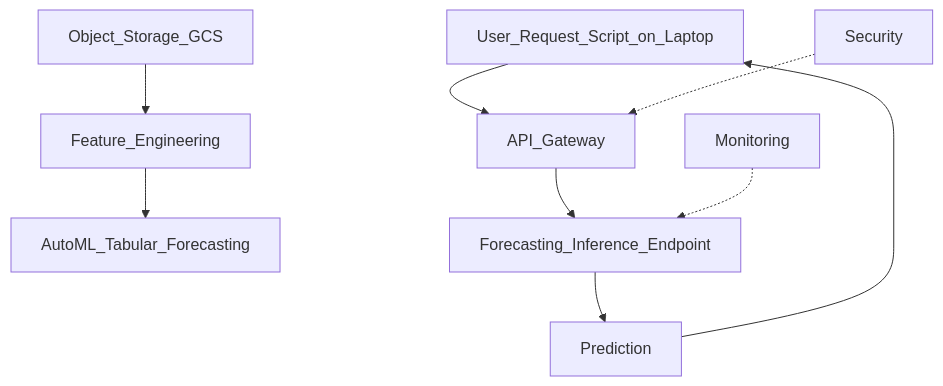
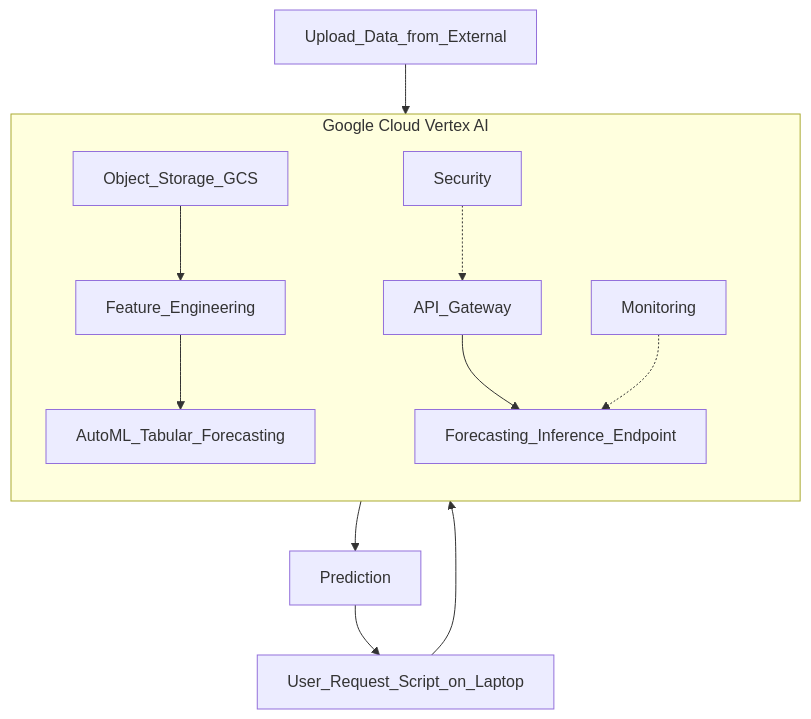
One commit to huyvu203/Week5_Ml changed the diagram in planning_graph.mmd. Above: the diagram before and after it, drawn with Mermaid. The commit also changed 2 other files, not shown here.

Commit message:
updated README and planning graph

```diff
--- a/planning_graph.mmd
+++ b/planning_graph.mmd
@@ -1,14 +1,18 @@
 graph TD
-  %% Training Phase
-  DS1[Object_Storage_GCS] --> FE[Feature_Engineering]
-  FE --> ForecastAutoML[AutoML_Tabular_Forecasting]
+  Upload[Upload_Data_from_External] --> DS1
+  U[User_Request_Script_on_Laptop] --> LB
 
-  %% User Prediction Phase
-  U[User_Request_Script_on_Laptop] --> LB[API_Gateway]
-  LB --> ForecastInfer[Forecasting_Inference_Endpoint]
+  subgraph "Google Cloud Vertex AI"
+    direction TB
+    DS1[Object_Storage_GCS] --> FE[Feature_Engineering]
+    FE --> ForecastAutoML[AutoML_Tabular_Forecasting]
+
+    LB[API_Gateway] --> ForecastInfer[Forecasting_Inference_Endpoint]
+
+    %% Platform Services (inside cloud)
+    Observ[Monitoring] -.-> ForecastInfer
+    Sec[Security] -.-> LB
+  end
+
   ForecastInfer --> Result[Prediction]
   Result --> U
-
-  %% Platform Services
-  Observ[Monitoring] -.-> ForecastInfer
-  Sec[Security] -.-> LB
```
